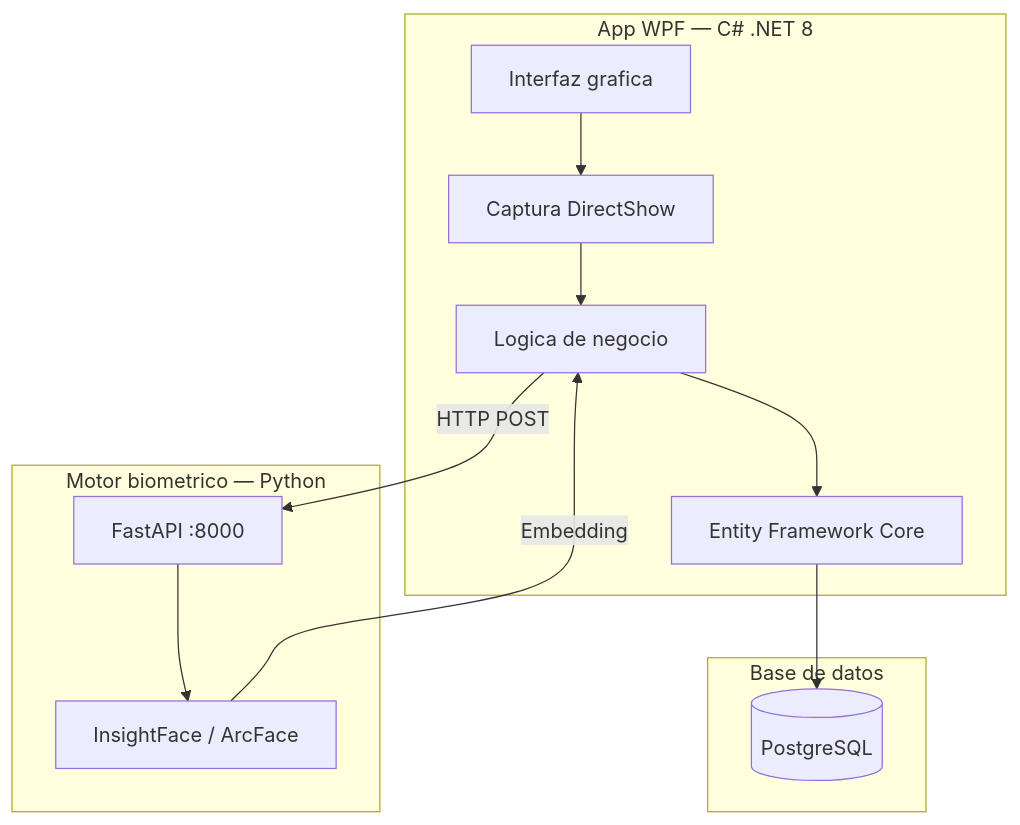
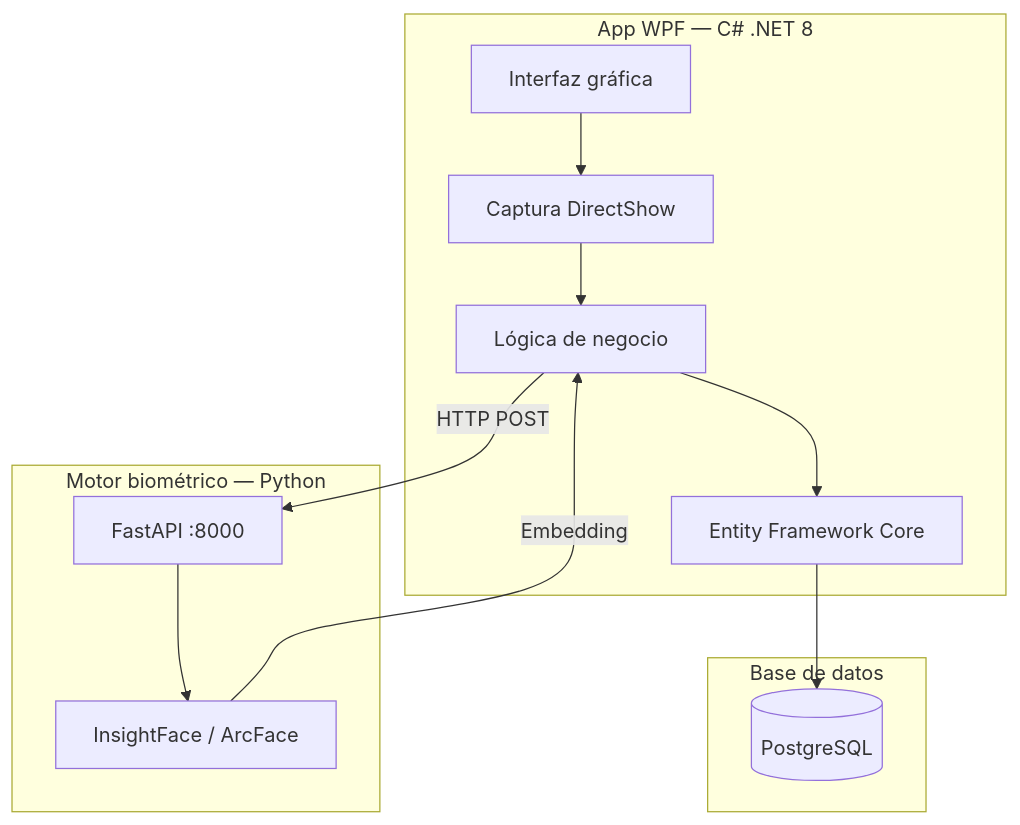
Before and after one commit to ramarstudio/RAMar_Repo: the diagram in docs/arquitectura/index.md, drawn with Mermaid. The commit also changed other lines of this file and 14 other files, not shown here.

````diff
--- a/docs/arquitectura/index.md
+++ b/docs/arquitectura/index.md
@@ -5,23 +5,23 @@
 ```mermaid
 graph TB
     subgraph WPF["App WPF — C# .NET 8"]
-        UI[Interfaz grafica]
+        UI[Interfaz gráfica]
         CAM[Captura DirectShow]
-        BL[Logica de negocio]
+        BL[Lógica de negocio]
         EF[Entity Framework Core]
     end
 
-    subgraph PY["Motor biometrico — Python"]
+    subgraph PY["Motor biométrico — Python"]
         API[FastAPI :8000]
         IF[InsightFace / ArcFace]
     end
 
     subgraph DB["Base de datos"]
         PG[(PostgreSQL)]
     end
 
     UI --> CAM --> BL
     BL -->|HTTP POST| API --> IF
     IF -->|Embedding| BL
     BL --> EF --> PG
 ```
````
